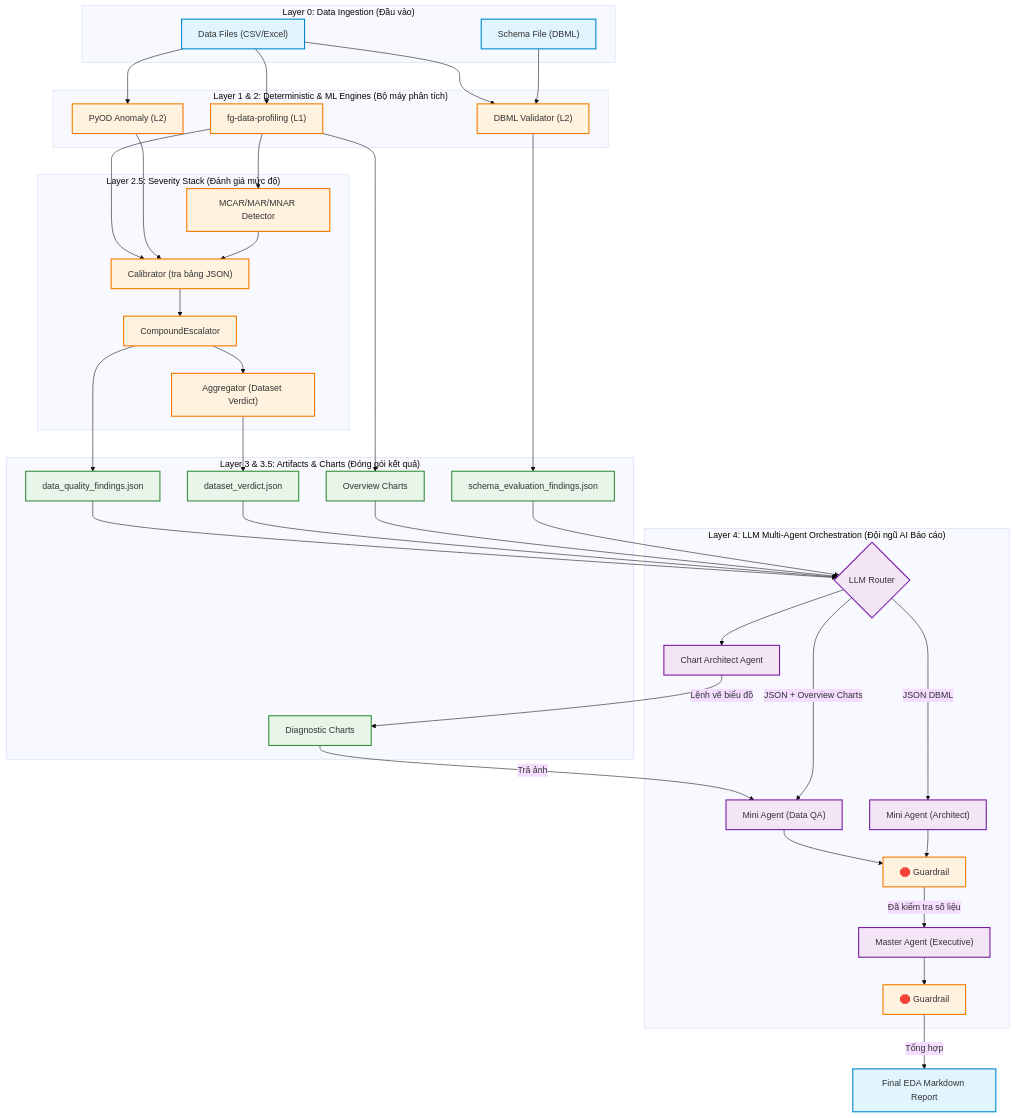
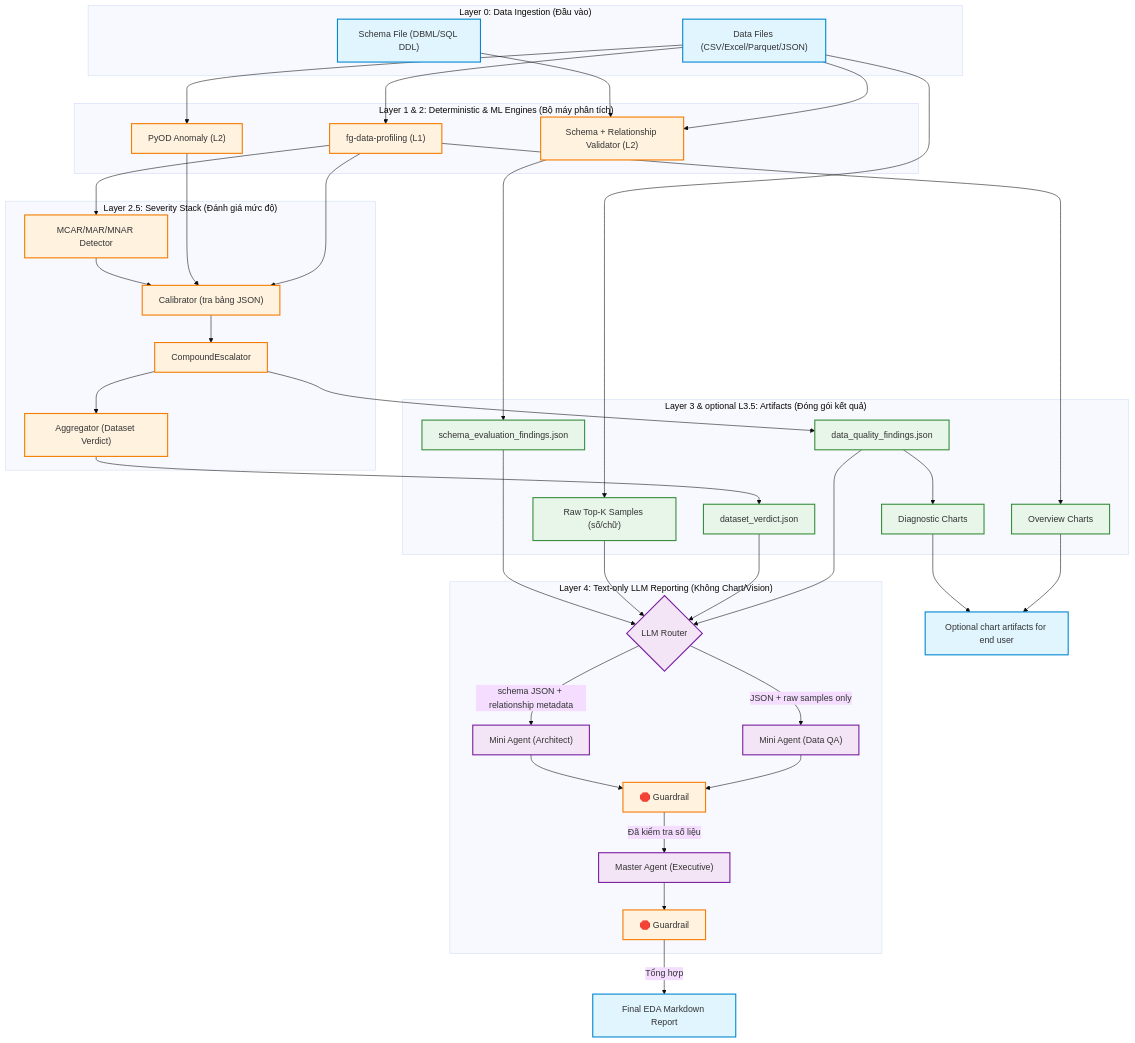
Before and after one commit to nhantpv/Auto-Data-Profiling-Smart-EDA-Report-Tool: the diagram in docs/system_architecture_design.md, drawn with Mermaid (base theme). The commit also changed other lines of this file and 64 other files, not shown here.

Commit message:
feat: build local smart eda production flow

````diff
--- a/docs/system_architecture_design.md
+++ b/docs/system_architecture_design.md
@@ -23,78 +23,77 @@
 ```mermaid
 graph TD
     classDef input fill:#e1f5fe,stroke:#0288d1,stroke-width:2px;
     classDef engine fill:#fff3e0,stroke:#f57c00,stroke-width:2px;
     classDef artifact fill:#e8f5e9,stroke:#388e3c,stroke-width:2px;
     classDef agent fill:#f3e5f5,stroke:#7b1fa2,stroke-width:2px;
 
     %% INPUT
     subgraph L0 ["Layer 0: Data Ingestion (Đầu vào)"]
-        D1["Data Files (CSV/Excel)"]:::input
-        S1["Schema File (DBML)"]:::input
+        D1["Data Files (CSV/Excel/Parquet/JSON)"]:::input
+        S1["Schema File (DBML/SQL DDL)"]:::input
     end
 
     %% ENGINES (L1 & L2)
     subgraph L1_L2 ["Layer 1 & 2: Deterministic & ML Engines (Bộ máy phân tích)"]
         E1["fg-data-profiling (L1)"]:::engine
         E2["PyOD Anomaly (L2)"]:::engine
-        E3["DBML Validator (L2)"]:::engine
+        E3["Schema + Relationship Validator (L2)"]:::engine
     end
 
     D1 --> E1
     D1 --> E2
     D1 & S1 --> E3
 
     %% SEVERITY STACK (L2.5)
     subgraph L2_5 ["Layer 2.5: Severity Stack (Đánh giá mức độ)"]
         SS1["MCAR/MAR/MNAR Detector"]:::engine
         SS2["Calibrator (tra bảng JSON)"]:::engine
         SS3["CompoundEscalator"]:::engine
         SS4["Aggregator (Dataset Verdict)"]:::engine
     end
 
     E1 --> SS1
     E1 & E2 --> SS2
     SS1 --> SS2
     SS2 --> SS3
     SS3 --> SS4
 
     %% ONTOLOGY (L3 & L3.5)
-    subgraph L3 ["Layer 3 & 3.5: Artifacts & Charts (Đóng gói kết quả)"]
+    subgraph L3 ["Layer 3 & optional L3.5: Artifacts (Đóng gói kết quả)"]
         J1["data_quality_findings.json"]:::artifact
         J2["schema_evaluation_findings.json"]:::artifact
         J3["dataset_verdict.json"]:::artifact
+        R0["Raw Top-K Samples (số/chữ)"]:::artifact
         C1["Overview Charts"]:::artifact
         C2["Diagnostic Charts"]:::artifact
     end
 
     SS3 --> J1
     E3 --> J2
     SS4 --> J3
+    D1 --> R0
     E1 --> C1
+    J1 --> C2
 
     %% LLM REPORTING (L4)
-    subgraph L4 ["Layer 4: LLM Multi-Agent Orchestration (Đội ngũ AI Báo cáo)"]
+    subgraph L4 ["Layer 4: Text-only LLM Reporting (Không Chart/Vision)"]
         R1{"LLM Router"}:::agent
-        CA["Chart Architect Agent"]:::agent
         A1["Mini Agent (Data QA)"]:::agent
         A2["Mini Agent (Architect)"]:::agent
         G1["🛑 Guardrail"]:::engine
         M1["Master Agent (Executive)"]:::agent
         G2["🛑 Guardrail"]:::engine
     end
 
-    J1 & J3 & C1 --> R1
+    J1 & J3 & R0 --> R1
     J2 --> R1
-    
-    R1 --> CA
-    CA -->|"Lệnh vẽ biểu đồ"| C2
-    C2 -->|"Trả ảnh"| A1
-    
-    R1 -->|"JSON + Overview Charts"| A1
-    R1 -->|"JSON DBML"| A2
+
+    R1 -->|"JSON + raw samples only"| A1
+    R1 -->|"schema JSON + relationship metadata"| A2
     
     A1 & A2 --> G1
     G1 -->|"Đã kiểm tra số liệu"| M1
     M1 --> G2
     G2 -->|"Tổng hợp"| OUT["Final EDA Markdown Report"]:::input
+    C1 & C2 --> USER_ARTIFACTS["Optional chart artifacts for end user"]:::input
 ```
````
